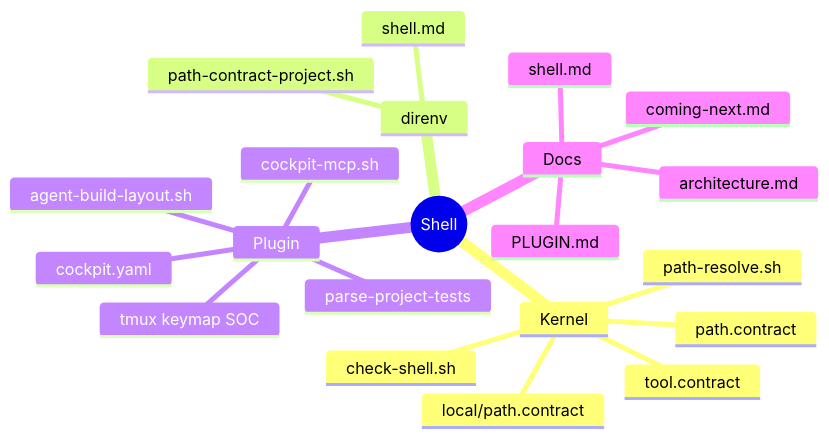
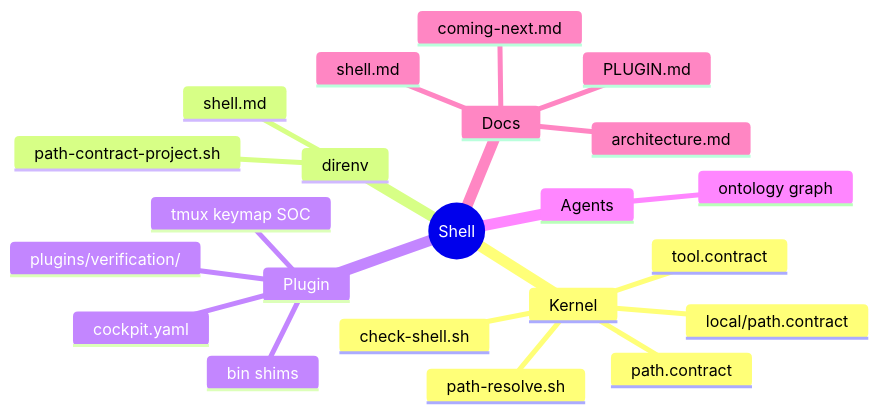
One commit to p10ns11y/shellyxz.sh changed the fifth of 5 diagrams in arch-design/architecture.md. Above: the diagram before and after it, drawn with Mermaid. The commit also changed other lines of this file and 4 other files, not shown here.

````diff
--- a/arch-design/architecture.md
+++ b/arch-design/architecture.md
@@ -176,24 +187,25 @@
 ```mermaid
 mindmap
   root((Shell))
     Kernel
       path-resolve.sh
       path.contract
       local/path.contract
       check-shell.sh
       tool.contract
     direnv
       path-contract-project.sh
       shell.md
     Plugin
-      agent-build-layout.sh
-      cockpit-mcp.sh
-      parse-project-tests
+      plugins/verification/
+      bin shims
       cockpit.yaml
       tmux keymap SOC
+    Agents
+      ontology graph
     Docs
       architecture.md
       coming-next.md
       PLUGIN.md
       shell.md
 ```
````
